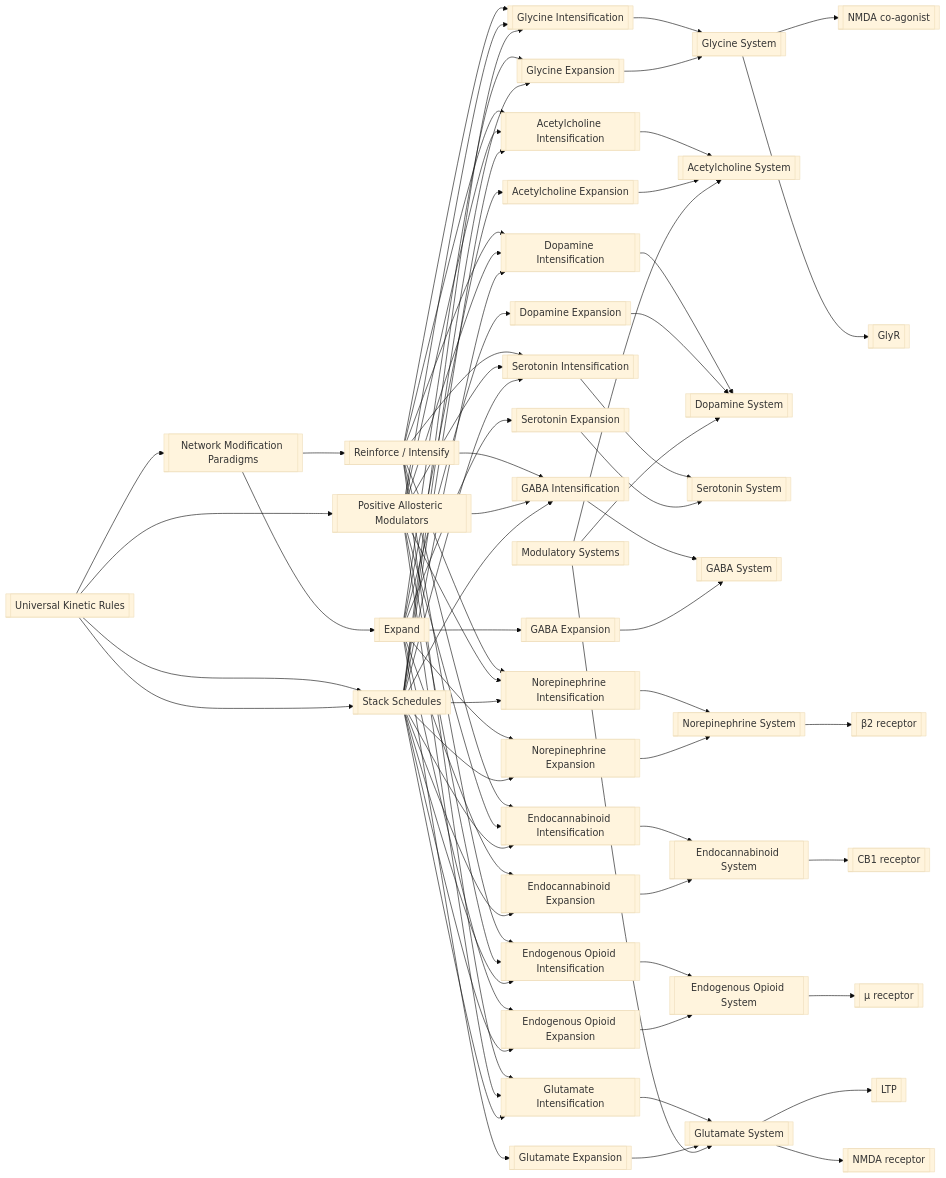
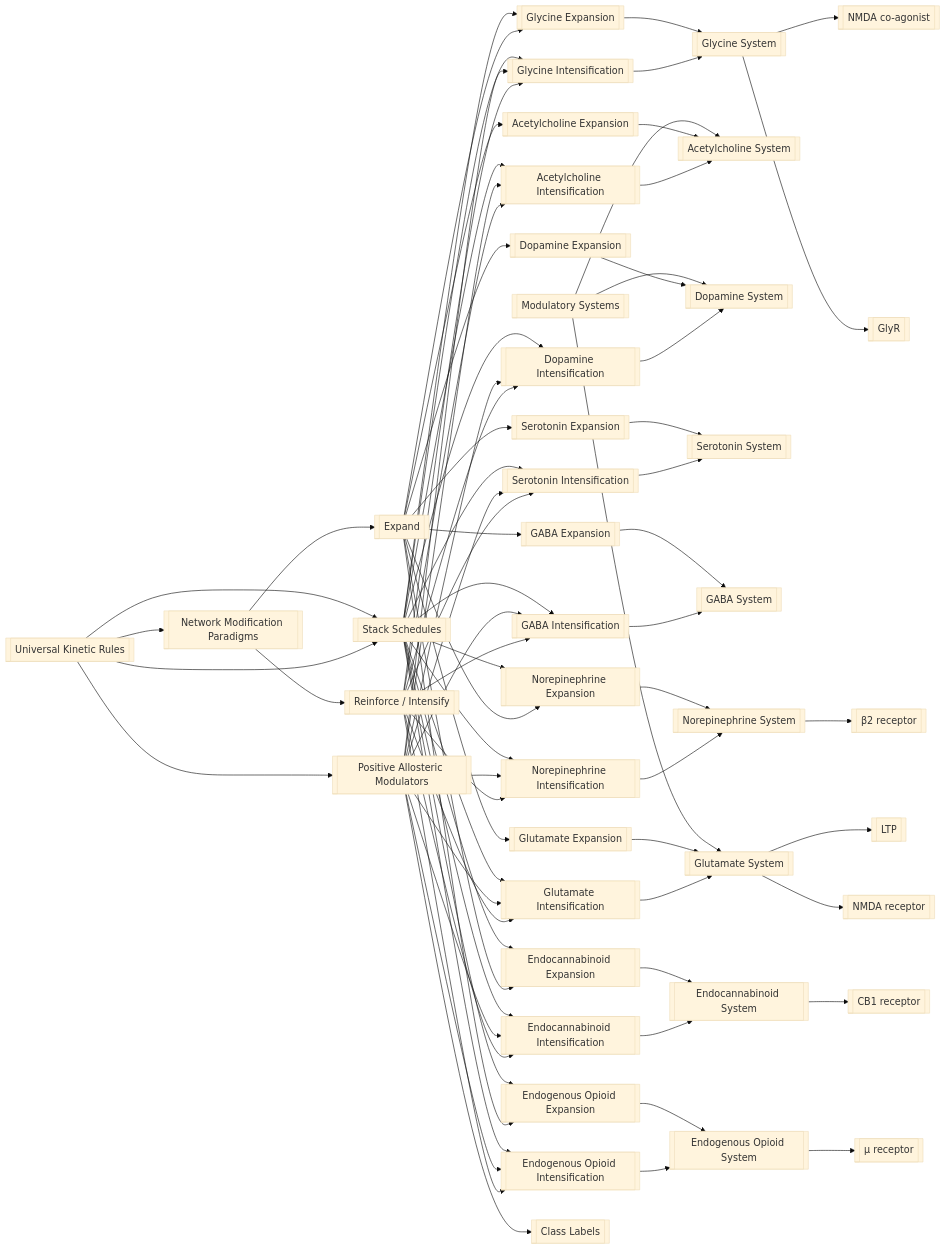
The diagram in 000-Neurotransmitter Expansion & Intensification/Concept Map.md (mishra8038/bok-nt-expansion-intensification), drawn with Mermaid (base theme) before and after one commit. The commit also changed 26 other files, not shown here.

````diff
--- a/000-Neurotransmitter Expansion & Intensification/Concept Map.md
+++ b/000-Neurotransmitter Expansion & Intensification/Concept Map.md
@@ -5,77 +5,78 @@
 ```mermaid
 flowchart LR
   P[[Network Modification Paradigms]] --> R[[Reinforce / Intensify]]
   P --> E[[Expand]]
   R --> GI[[Glutamate Intensification]]
   R --> AI[[Acetylcholine Intensification]]
   R --> DI[[Dopamine Intensification]]
   R --> SI[[Serotonin Intensification]]
   R --> BI[[GABA Intensification]]
   E --> GE[[Glutamate Expansion]]
   E --> AE[[Acetylcholine Expansion]]
   E --> DE[[Dopamine Expansion]]
   E --> SE[[Serotonin Expansion]]
   E --> BE[[GABA Expansion]]
   GI --> G[[Glutamate System]]
   GE --> G
   AI --> A[[Acetylcholine System]]
   AE --> A
   DI --> D[[Dopamine System]]
   DE --> D
   SI --> S[[Serotonin System]]
   SE --> S
   BI --> B[[GABA System]]
   BE --> B
   R --> GI2[[Glycine Intensification]]
   E --> GE2[[Glycine Expansion]]
   GI2 --> G2[[Glycine System]]
   GE2 --> G2
   G2 --> NMDA2[[NMDA co-agonist]]
   G2 --> GlyR[[GlyR]]
   PAM --> GI2
   K --> SS
   SS --> GI2
   SS --> GE2
   M[[Modulatory Systems]] --> A
   M --> D
   M --> G
   R --> NI[[Norepinephrine Intensification]]
   E --> NE[[Norepinephrine Expansion]]
   NI --> N[[Norepinephrine System]]
   NE --> N
   N --> β2[[β2 receptor]]
   PAM --> NI
   SS --> NI
   SS --> NE
   R --> EI[[Endocannabinoid Intensification]]
   E --> EE[[Endocannabinoid Expansion]]
   EI --> EC[[Endocannabinoid System]]
   EE --> EC
   EC --> CB1[[CB1 receptor]]
   PAM --> EI
   SS --> EI
   SS --> EE
   R --> OI[[Endogenous Opioid Intensification]]
   E --> OE[[Endogenous Opioid Expansion]]
   OI --> OP[[Endogenous Opioid System]]
   OE --> OP
   OP --> μ[[μ receptor]]
   PAM --> OI
   SS --> OI
   SS --> OE
   G --> LTP[[LTP]]
   G --> NMDA[[NMDA receptor]]
   PAM[[Positive Allosteric Modulators]] --> GI
+   PAM --> CL[[Class Labels]]
   PAM --> AI
   PAM --> DI
   PAM --> SI
   PAM --> BI
   K[[Universal Kinetic Rules]] --> P
   K --> PAM
   K --> SS[[Stack Schedules]]
   SS --> GI
   SS --> AI
   SS --> DI
   SS --> SI
   SS --> BI
 ```
````
